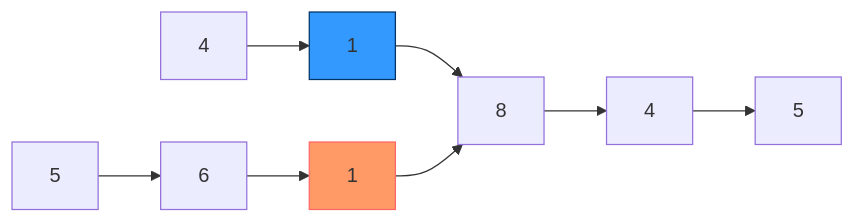
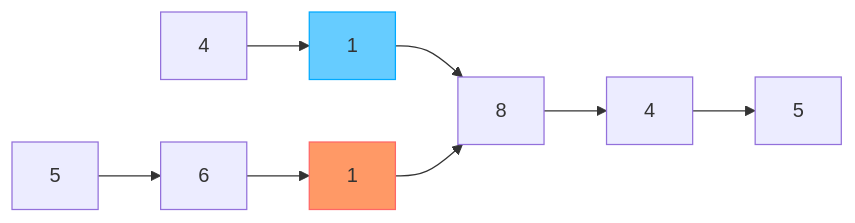
Before and after one commit to ianchen0419/cpp-leetcode: the ninth of 10 diagrams in 160. Intersection of Two Linked Lists.md, drawn with Mermaid. The commit also changed other lines of this file, not shown here.

````diff
--- a/160. Intersection of Two Linked Lists.md
+++ b/160. Intersection of Two Linked Lists.md
@@ -145,13 +145,13 @@
 ```mermaid
 flowchart LR
     a[4]-->b[1]
     b:::blue-->c[8]
     c-->d[4]
     d-->e[5]
     f[5]-->g[6]
     g-->h[1]
     h:::orange-->c
 
     classDef orange fill:#f96,stroke:#f66
-    classDef blue fill:#3399FF,stroke:#036
+    classDef blue fill:#6cf,stroke:#0af
 ```
````
